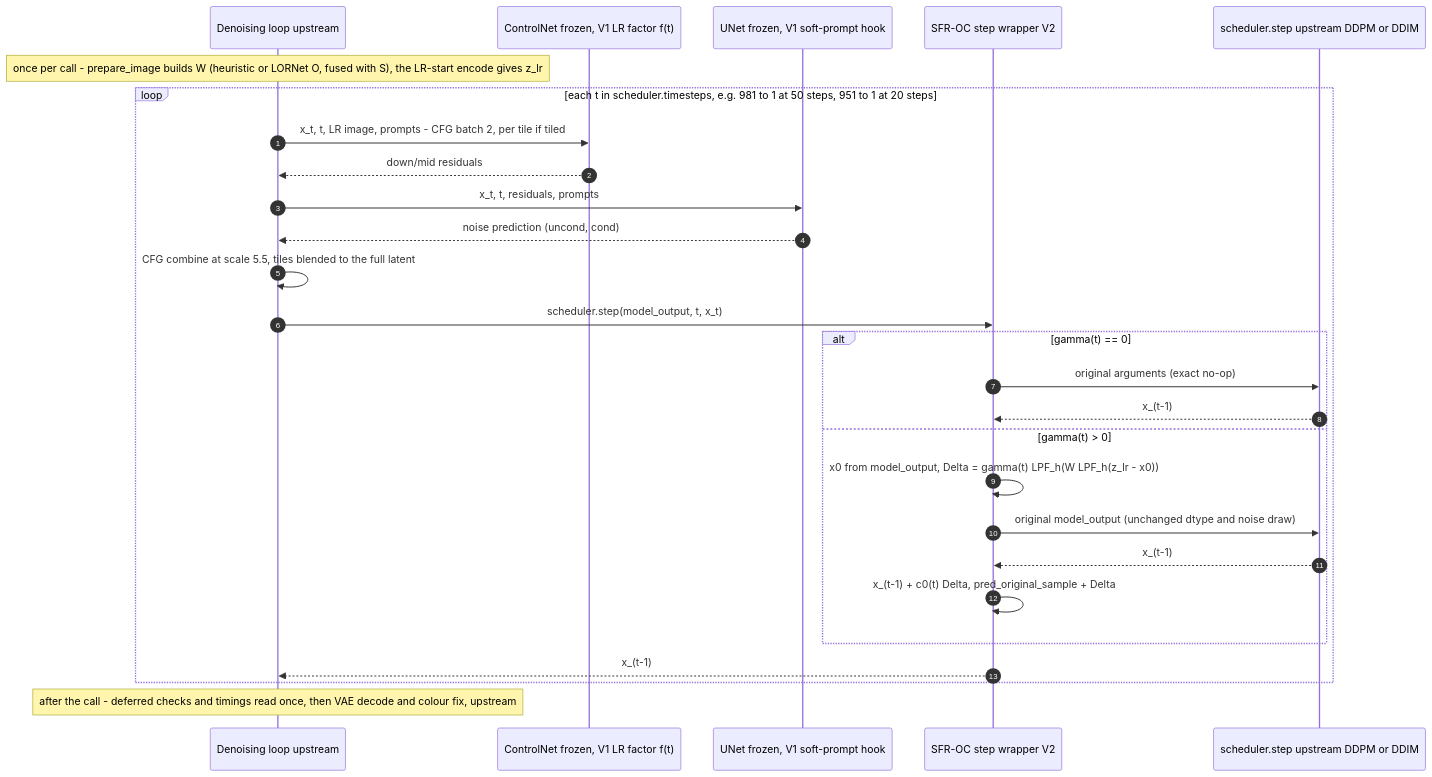
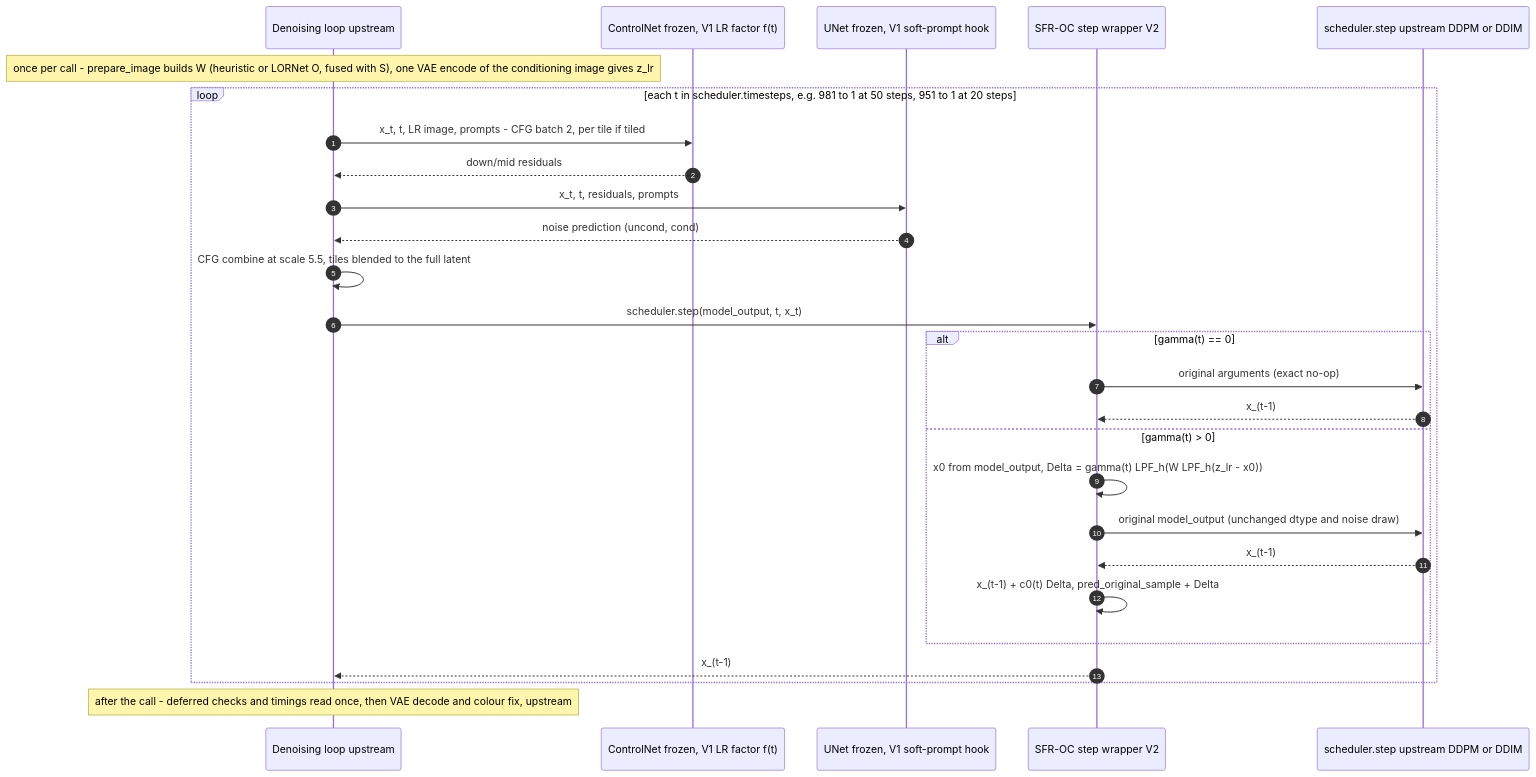
Before and after one commit to cswry/SeeSR: the diagram in docs/architecture/sfroc_timesteps.mmd, drawn with Mermaid. The commit also changed 397 other files, not shown here.

```diff
--- a/docs/architecture/sfroc_timesteps.mmd
+++ b/docs/architecture/sfroc_timesteps.mmd
@@ -1,28 +1,28 @@
 %% Where SFR-OC acts in one reverse diffusion step (pipeline_seesr.py denoising loop). No extra UNet/ControlNet call.
 sequenceDiagram
   autonumber
   participant L as Denoising loop upstream
   participant C as ControlNet frozen, V1 LR factor f(t)
   participant U as UNet frozen, V1 soft-prompt hook
   participant O as SFR-OC step wrapper V2
   participant S as scheduler.step upstream DDPM or DDIM
-  Note over L: once per call - prepare_image builds W (heuristic or LORNet O, fused with S), the LR-start encode gives z_lr
+  Note over L: once per call - prepare_image builds W (heuristic or LORNet O, fused with S), one VAE encode of the conditioning image gives z_lr
   loop each t in scheduler.timesteps, e.g. 981 to 1 at 50 steps, 951 to 1 at 20 steps
     L->>C: x_t, t, LR image, prompts - CFG batch 2, per tile if tiled
     C-->>L: down/mid residuals
     L->>U: x_t, t, residuals, prompts
     U-->>L: noise prediction (uncond, cond)
     L->>L: CFG combine at scale 5.5, tiles blended to the full latent
     L->>O: scheduler.step(model_output, t, x_t)
     alt gamma(t) == 0
       O->>S: original arguments (exact no-op)
       S-->>O: x_(t-1)
     else gamma(t) > 0
       O->>O: x0 from model_output, Delta = gamma(t) LPF_h(W LPF_h(z_lr - x0))
       O->>S: original model_output (unchanged dtype and noise draw)
       S-->>O: x_(t-1)
       O->>O: x_(t-1) + c0(t) Delta, pred_original_sample + Delta
     end
     O-->>L: x_(t-1)
   end
   Note over L: after the call - deferred checks and timings read once, then VAE decode and colour fix, upstream
```
